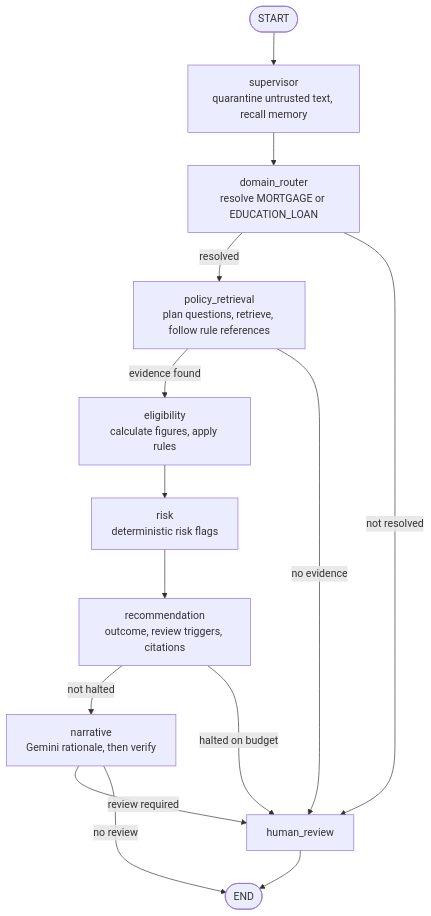
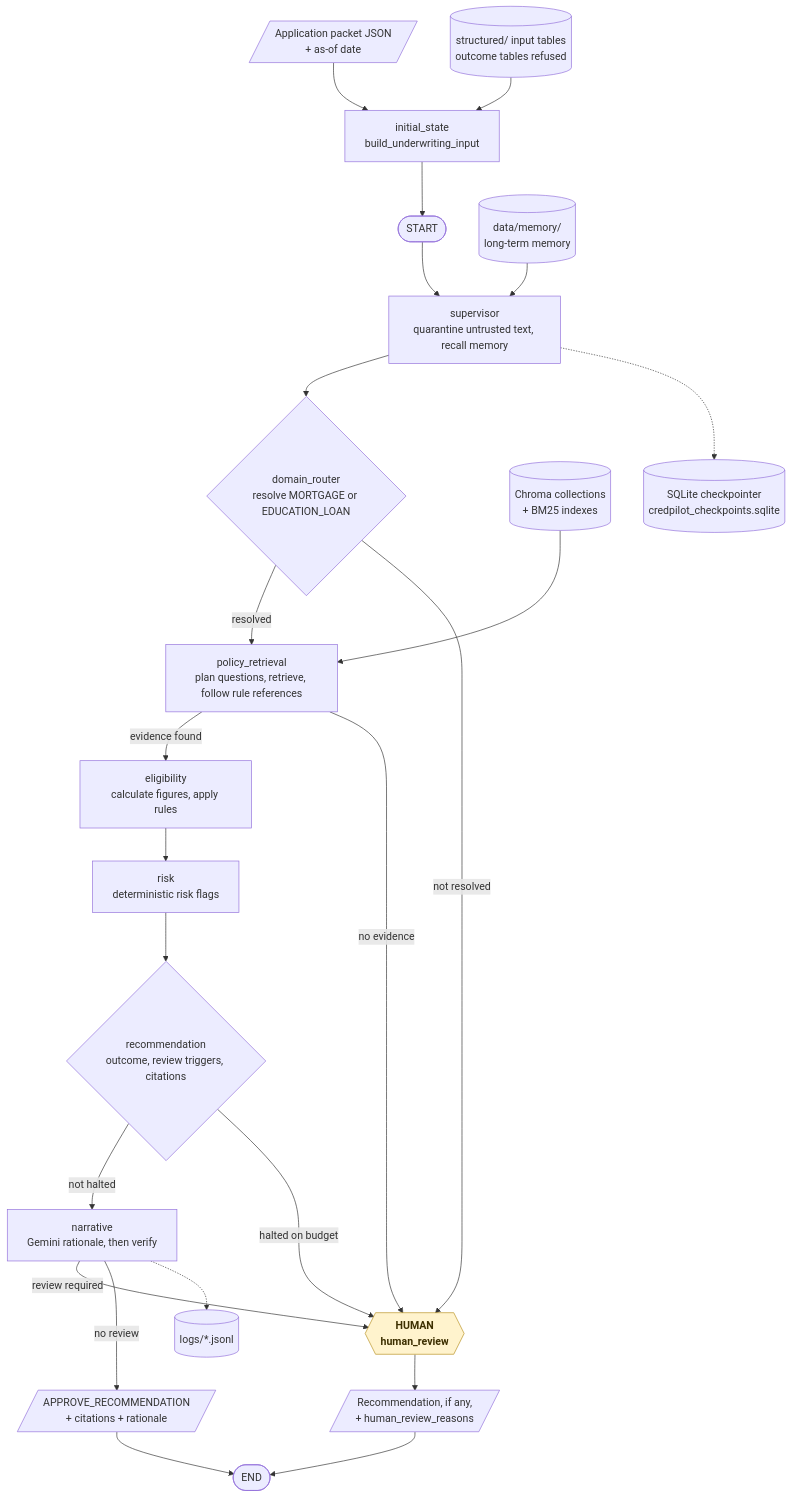
One commit to KrishnaAnnavaram/CredPilot changed the fifth of 29 diagrams in README.md. Above: the diagram before and after it, drawn with Mermaid. The commit also changed other lines of this file, not shown here.

Commit message:
Add the workflow diagrams to the README

````diff
--- a/README.md
+++ b/README.md
@@ -291,16 +365,28 @@
 ```mermaid
-flowchart TB
-    START(["START"]) --> SUP["supervisor<br/>quarantine untrusted text, recall memory"]
-    SUP --> DR["domain_router<br/>resolve MORTGAGE or EDUCATION_LOAN"]
+flowchart TD
+    IN[/"Application packet JSON<br/>+ as-of date"/] --> INIT["initial_state<br/>build_underwriting_input"]
+    TAB[("structured/ input tables<br/>outcome tables refused")] --> INIT
+    INIT --> START(["START"])
+    START --> SUP["supervisor<br/>quarantine untrusted text, recall memory"]
+    MEM[("data/memory/<br/>long-term memory")] --> SUP
+    SUP --> DR{"domain_router<br/>resolve MORTGAGE or EDUCATION_LOAN"}
     DR -- "resolved" --> PR["policy_retrieval<br/>plan questions, retrieve, follow rule references"]
-    DR -- "not resolved" --> HR["human_review"]
+    DR -- "not resolved" --> HR
+    IDX[("Chroma collections<br/>+ BM25 indexes")] --> PR
     PR -- "evidence found" --> EL["eligibility<br/>calculate figures, apply rules"]
     PR -- "no evidence" --> HR
     EL --> RK["risk<br/>deterministic risk flags"]
-    RK --> RC["recommendation<br/>outcome, review triggers, citations"]
+    RK --> RC{"recommendation<br/>outcome, review triggers, citations"}
     RC -- "not halted" --> NA["narrative<br/>Gemini rationale, then verify"]
     RC -- "halted on budget" --> HR
-    NA -- "review required" --> HR
-    NA -- "no review" --> END(["END"])
-    HR --> END
+    NA -- "review required" --> HR{{"HUMAN<br/>human_review"}}
+    NA -- "no review" --> OUT[/"APPROVE_RECOMMENDATION<br/>+ citations + rationale"/]
+    HR --> REF[/"Recommendation, if any,<br/>+ human_review_reasons"/]
+    OUT --> END(["END"])
+    REF --> END
+    SUP -.-> CK[("SQLite checkpointer<br/>credpilot_checkpoints.sqlite")]
+    NA -.-> LOGS[("logs/*.jsonl")]
+
+    classDef human fill:#fff3cd,stroke:#b8901f,color:#3d2f00,font-weight:bold
+    class HR human
 ```
````
